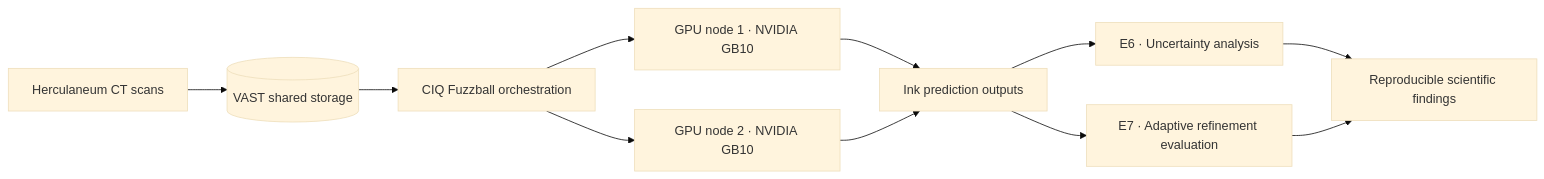
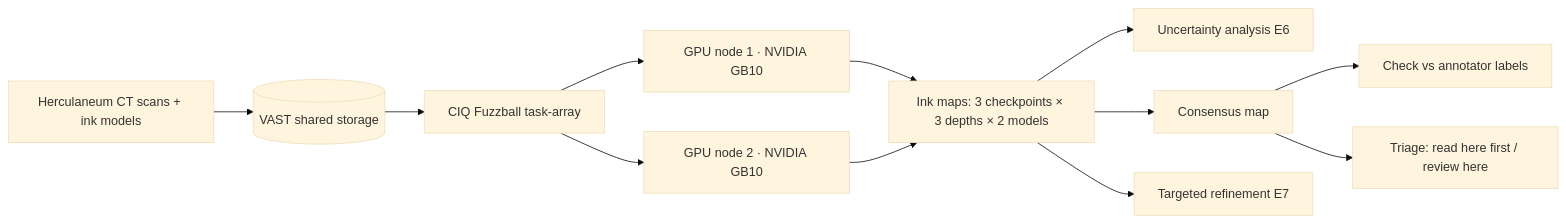
One commit to max14vega/ciq-hackathon-team5 changed the diagram in README.md. Above: the diagram before and after it, drawn with Mermaid (base theme). The commit also changed other lines of this file and 1 other file, not shown here.

Commit message:
Update README with final results and E7-fair chart

````diff
--- a/README.md
+++ b/README.md
@@ -24,13 +33,14 @@
 ```mermaid
 flowchart LR
-    A[Herculaneum CT scans] --> B[(VAST shared storage)]
-    B --> C[CIQ Fuzzball orchestration]
+    A[Herculaneum CT scans + ink models] --> B[(VAST shared storage)]
+    B --> C[CIQ Fuzzball task-array]
     C --> D[GPU node 1 · NVIDIA GB10]
     C --> E[GPU node 2 · NVIDIA GB10]
-    D --> F[Ink prediction outputs]
+    D --> F[Ink maps: 3 checkpoints × 3 depths × 2 models]
     E --> F
-    F --> G[E6 · Uncertainty analysis]
-    F --> H[E7 · Adaptive refinement evaluation]
-    G --> I[Reproducible scientific findings]
-    H --> I
+    F --> G[Uncertainty analysis E6]
+    F --> H[Consensus map]
+    F --> I[Targeted refinement E7]
+    H --> J[Check vs annotator labels]
+    H --> K[Triage: read here first / review here]
 ```
````
